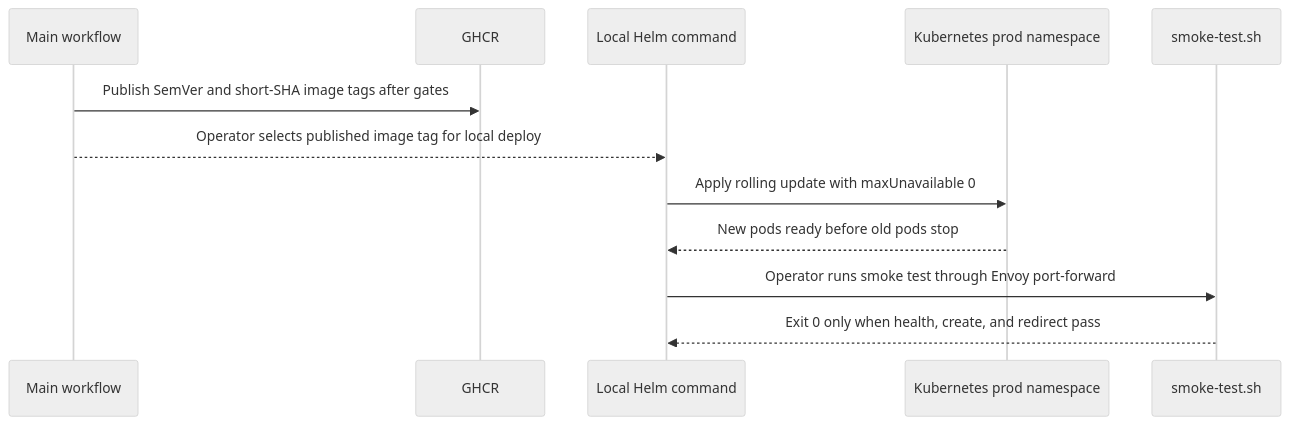
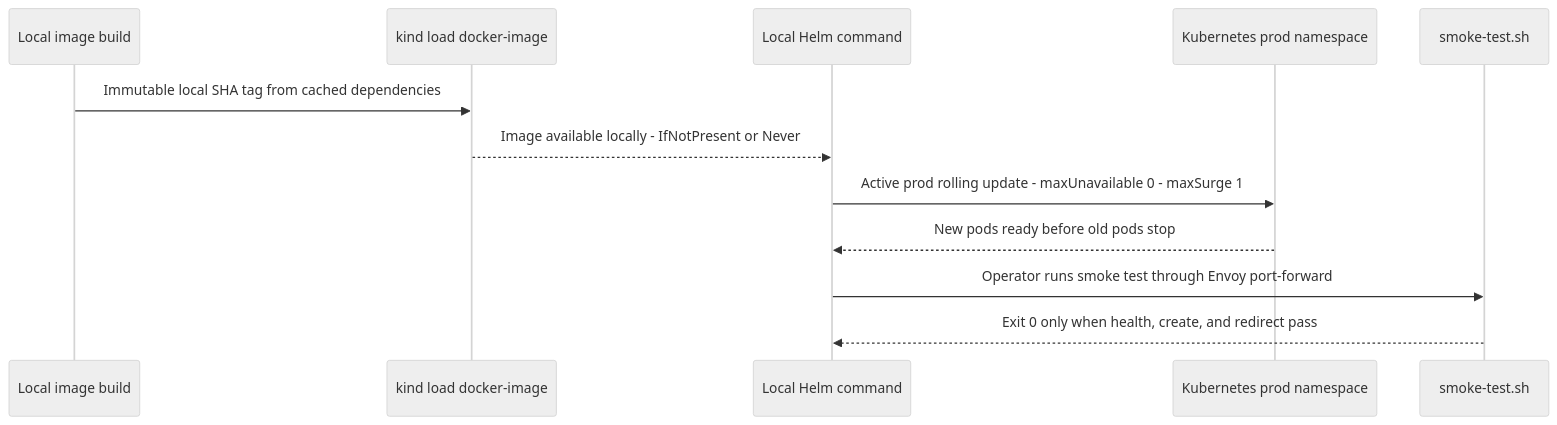
The sixth of 7 diagrams in docs/05-system-architecture.md (sukurcf/spec-shipit-devops-platform), drawn with Mermaid (neutral theme) before and after one commit. The commit also changed other lines of this file and 14 other files, not shown here.

````diff
--- a/docs/05-system-architecture.md
+++ b/docs/05-system-architecture.md
@@ -119,14 +127,14 @@
 ```mermaid
 sequenceDiagram
-  participant Rel as Main workflow
-  participant Reg as GHCR
+  participant Build as Local image build
+  participant Load as kind load docker-image
   participant Helm as Local Helm command
   participant K8s as Kubernetes prod namespace
   participant Smoke as smoke-test.sh
-  Rel->>Reg: Publish SemVer and short-SHA image tags after gates
-  Rel-->>Helm: Operator selects published image tag for local deploy
-  Helm->>K8s: Apply rolling update with maxUnavailable 0
+  Build->>Load: Immutable local SHA tag from cached dependencies
+  Load-->>Helm: Image available locally - IfNotPresent or Never
+  Helm->>K8s: Active prod rolling update - maxUnavailable 0 - maxSurge 1
   K8s-->>Helm: New pods ready before old pods stop
   Helm->>Smoke: Operator runs smoke test through Envoy port-forward
   Smoke-->>Helm: Exit 0 only when health, create, and redirect pass
 ```
````
